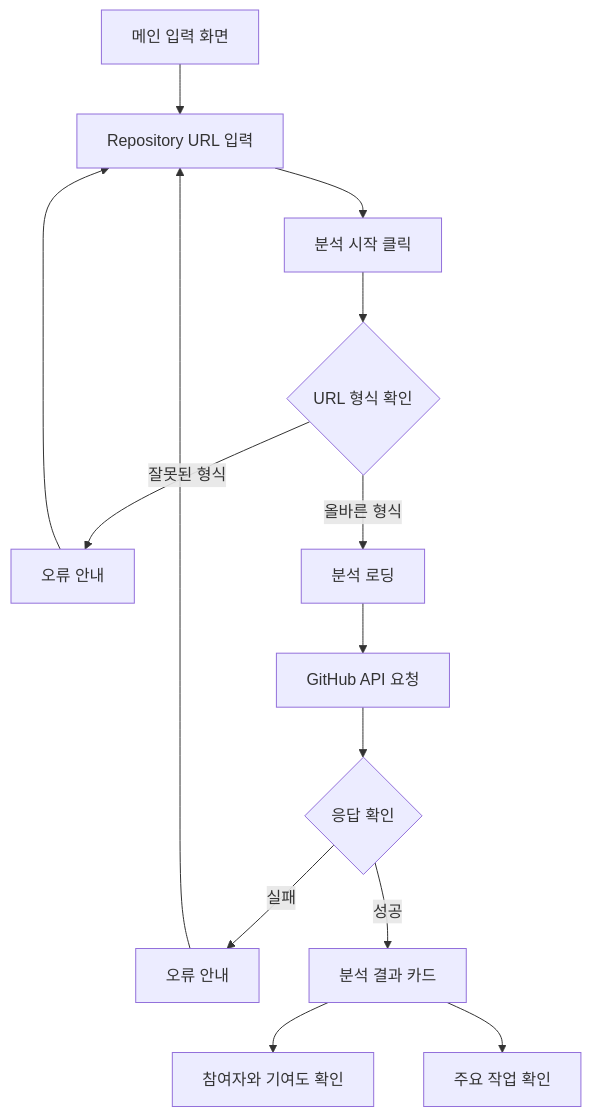
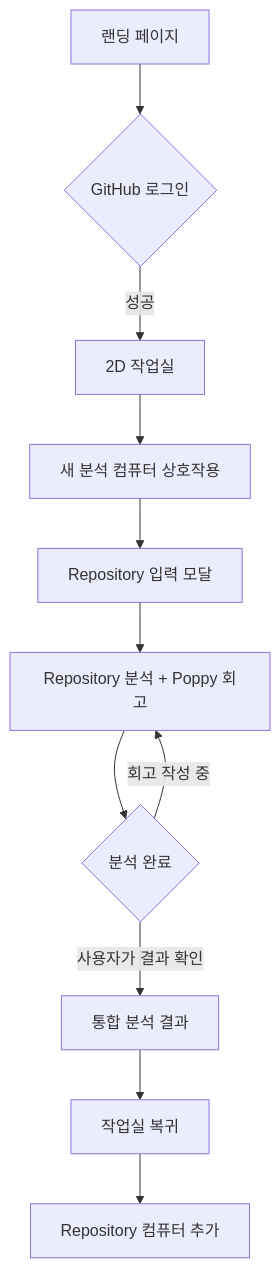
Before and after one commit to Mureung1/hub-showcase: the diagram in README.md, drawn with Mermaid. The commit also changed other lines of this file, not shown here.

Commit message:
docs: 작업실 기능과 문서 링크 갱신

````diff
--- a/README.md
+++ b/README.md
@@ -35,16 +34,13 @@
 ```mermaid
 flowchart TD
-    A[메인 입력 화면] --> B[Repository URL 입력]
-    B --> C[분석 시작 클릭]
-    C --> D{URL 형식 확인}
-    D -->|잘못된 형식| E[오류 안내]
-    E --> B
-    D -->|올바른 형식| F[분석 로딩]
-    F --> G[GitHub API 요청]
-    G --> H{응답 확인}
-    H -->|실패| I[오류 안내]
-    I --> B
-    H -->|성공| J[분석 결과 카드]
-    J --> K[참여자와 기여도 확인]
-    J --> L[주요 작업 확인]
+    A[랜딩 페이지] --> B{GitHub 로그인}
+    B -->|성공| C[2D 작업실]
+    C --> D[새 분석 컴퓨터 상호작용]
+    D --> E[Repository 입력 모달]
+    E --> F[Repository 분석 + Poppy 회고]
+    F --> G{분석 완료}
+    G -->|회고 작성 중| F
+    G -->|사용자가 결과 확인| H[통합 분석 결과]
+    H --> I[작업실 복귀]
+    I --> J[Repository 컴퓨터 추가]
 ```
````
